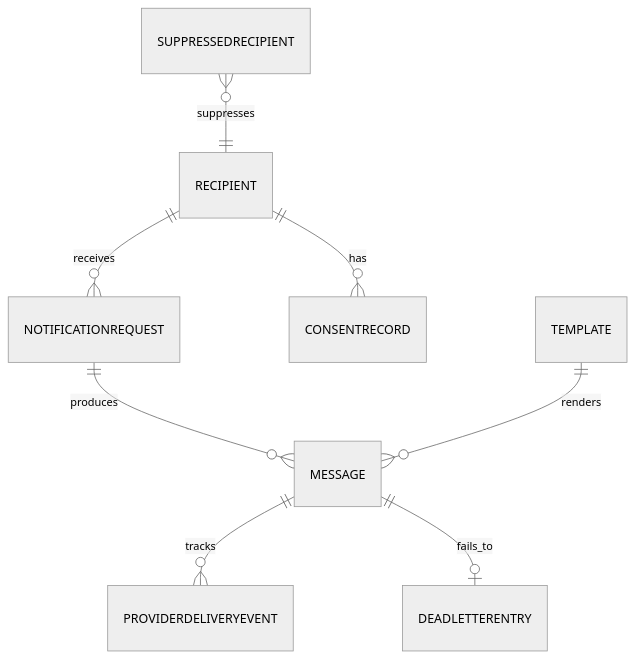
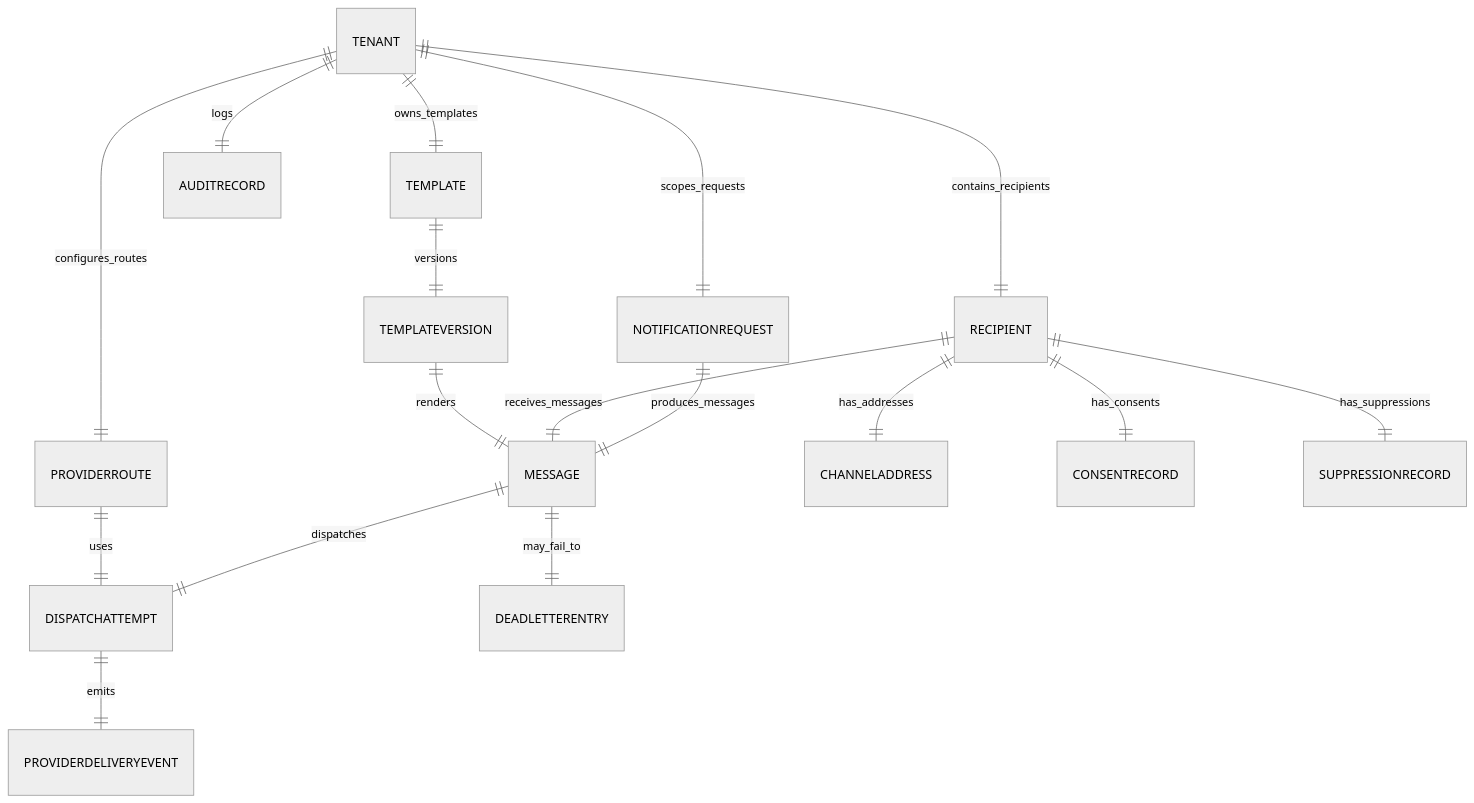
One commit to 0Ankit0/Project-Ideas changed the diagram in Messaging and Notification Platform/analysis/data-dictionary.md. Above: the diagram before and after it, drawn with Mermaid (neutral theme). The commit also changed other lines of this file and 19 other files, not shown here.

````diff
--- a/Messaging and Notification Platform/analysis/data-dictionary.md
+++ b/Messaging and Notification Platform/analysis/data-dictionary.md
@@ -25,10 +37,19 @@
 ```mermaid
 erDiagram
-    NOTIFICATIONREQUEST ||--o{ MESSAGE : produces
-    RECIPIENT ||--o{ NOTIFICATIONREQUEST : receives
-    RECIPIENT ||--o{ CONSENTRECORD : has
-    TEMPLATE ||--o{ MESSAGE : renders
-    MESSAGE ||--o{ PROVIDERDELIVERYEVENT : tracks
-    MESSAGE ||--o| DEADLETTERENTRY : fails_to
-    SUPPRESSEDRECIPIENT }o--|| RECIPIENT : suppresses
+    TENANT ||--|| NOTIFICATIONREQUEST : scopes_requests
+    TENANT ||--|| TEMPLATE : owns_templates
+    TENANT ||--|| PROVIDERROUTE : configures_routes
+    TENANT ||--|| RECIPIENT : contains_recipients
+    NOTIFICATIONREQUEST ||--|| MESSAGE : produces_messages
+    RECIPIENT ||--|| MESSAGE : receives_messages
+    RECIPIENT ||--|| CHANNELADDRESS : has_addresses
+    RECIPIENT ||--|| CONSENTRECORD : has_consents
+    RECIPIENT ||--|| SUPPRESSIONRECORD : has_suppressions
+    TEMPLATE ||--|| TEMPLATEVERSION : versions
+    TEMPLATEVERSION ||--|| MESSAGE : renders
+    MESSAGE ||--|| DISPATCHATTEMPT : dispatches
+    PROVIDERROUTE ||--|| DISPATCHATTEMPT : uses
+    DISPATCHATTEMPT ||--|| PROVIDERDELIVERYEVENT : emits
+    MESSAGE ||--|| DEADLETTERENTRY : may_fail_to
+    TENANT ||--|| AUDITRECORD : logs
 ```
````
